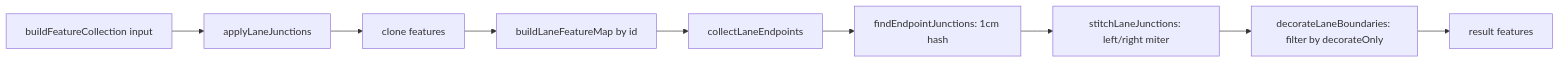
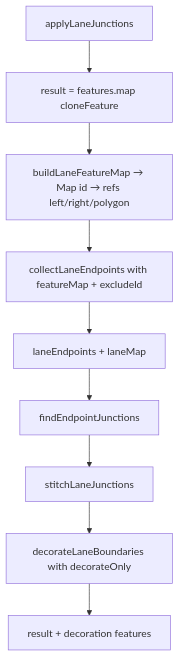
One commit to SakuraPuare/apollo-map-studio changed the first of 4 diagrams in docs/api/core/geometry-lane-junctions.md. Above: the diagram before and after it, drawn with Mermaid. The commit also changed other lines of this file and 414 other files, not shown here.

````diff
--- a/docs/api/core/geometry-lane-junctions.md
+++ b/docs/api/core/geometry-lane-junctions.md
@@ -27,11 +93,11 @@
 ```mermaid
-flowchart LR
-    A[buildFeatureCollection input] --> B[applyLaneJunctions]
-    B --> C[clone features]
-    C --> D[buildLaneFeatureMap by id]
-    D --> E[collectLaneEndpoints]
-    E --> F[findEndpointJunctions: 1cm hash]
-    F --> G[stitchLaneJunctions: left/right miter]
-    G --> H[decorateLaneBoundaries: filter by decorateOnly]
-    H --> I[result features]
+flowchart TD
+    AJ[applyLaneJunctions] --> CL[result = features.map cloneFeature]
+    CL --> FM[buildLaneFeatureMap → Map id → refs left/right/polygon]
+    FM --> CE[collectLaneEndpoints with featureMap + excludeId]
+    CE --> EP[laneEndpoints + laneMap]
+    EP --> FE[findEndpointJunctions]
+    FE --> SJ[stitchLaneJunctions]
+    SJ --> DB[decorateLaneBoundaries with decorateOnly]
+    DB --> R[result + decoration features]
 ```
````
